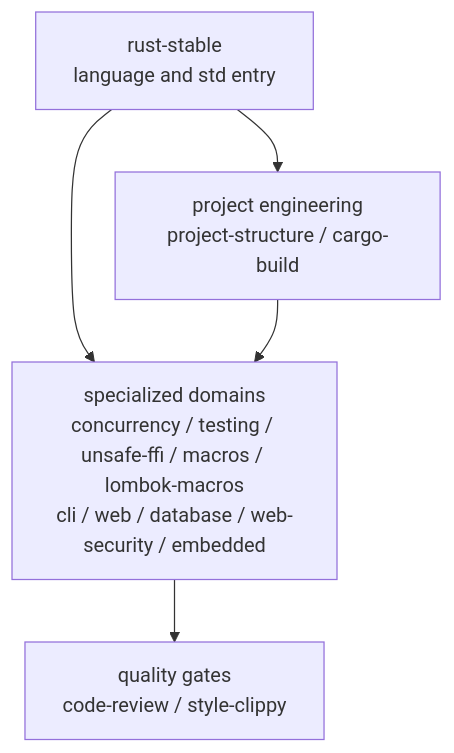
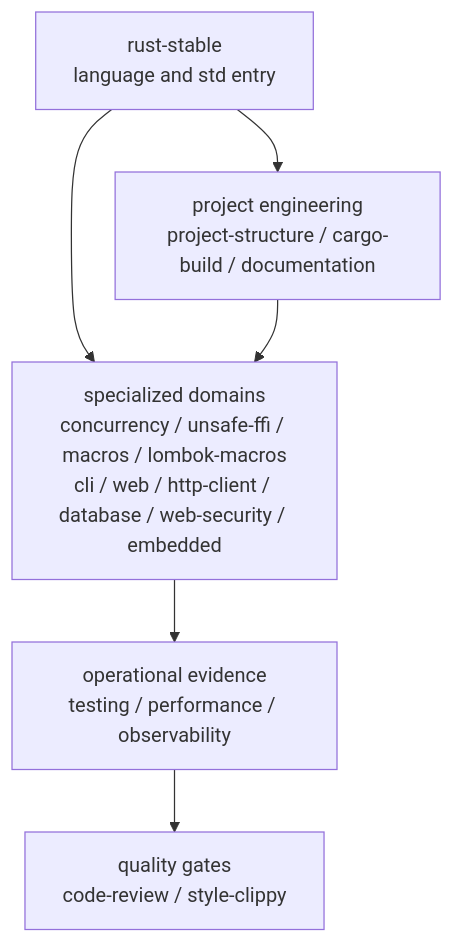
One commit to full-stack-skills/rust-skills changed the diagram in README.md. Above: the diagram before and after it, drawn with Mermaid. The commit also changed other lines of this file and 57 other files, not shown here.

````diff
--- a/README.md
+++ b/README.md
@@ -55,12 +55,14 @@
 ```mermaid
 flowchart TB
     S["rust-stable<br/>language and std entry"]
-    P["project engineering<br/>project-structure / cargo-build"]
-    D["specialized domains<br/>concurrency / testing / unsafe-ffi / macros / lombok-macros<br/>cli / web / database / web-security / embedded"]
+    P["project engineering<br/>project-structure / cargo-build / documentation"]
+    D["specialized domains<br/>concurrency / unsafe-ffi / macros / lombok-macros<br/>cli / web / http-client / database / web-security / embedded"]
+    O["operational evidence<br/>testing / performance / observability"]
     Q["quality gates<br/>code-review / style-clippy"]
 
     S --> P
     S --> D
     P --> D
-    D --> Q
+    D --> O
+    O --> Q
 ```
````
